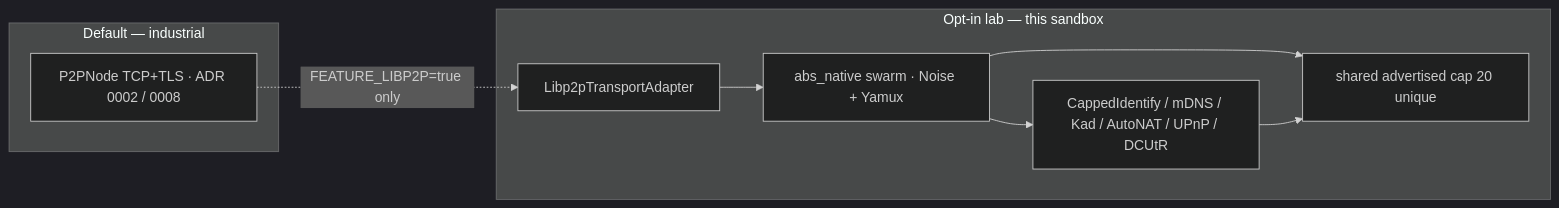
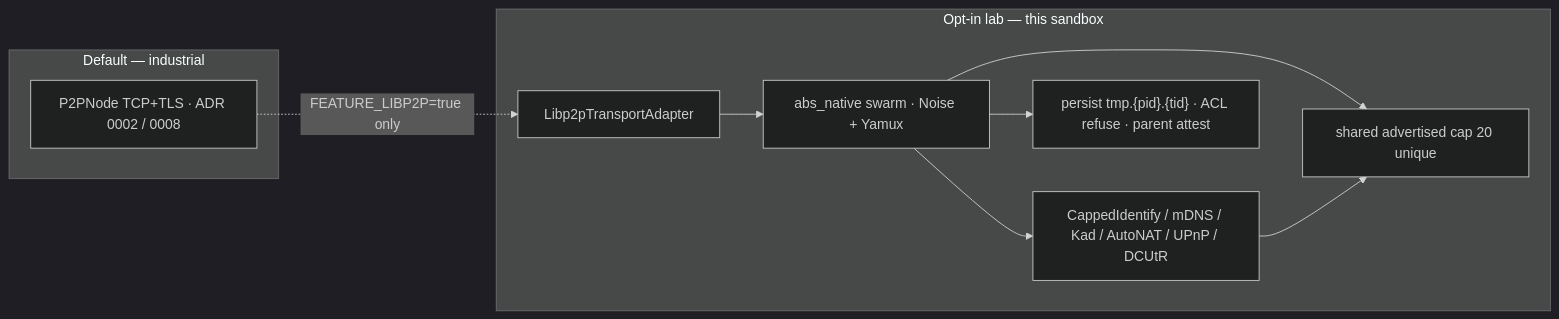
One commit to Gruver87/experimental changed the third of 6 diagrams in docs/ARCHITECTURE.md. Above: the diagram before and after it, drawn with Mermaid (dark theme). The commit also changed other lines of this file and 19 other files, not shown here.

Commit message:
feat(rd): ADR 0019 slices CQ-CV harden persist ACL parent and tmp staging

````diff
--- a/docs/ARCHITECTURE.md
+++ b/docs/ARCHITECTURE.md
@@ -187,17 +187,19 @@
 ```mermaid
 flowchart LR
   subgraph def ["Default — industrial"]
     TLS["P2PNode TCP+TLS · ADR 0002 / 0008"]
   end
   subgraph lab ["Opt-in lab — this sandbox"]
     AD["Libp2pTransportAdapter"]
     SW["abs_native swarm · Noise + Yamux"]
     CAP["shared advertised cap 20 unique"]
     ID["CappedIdentify / mDNS / Kad / AutoNAT / UPnP / DCUtR"]
+    PER["persist tmp.{pid}.{tid} · ACL refuse · parent attest"]
     AD --> SW
     SW --> CAP
     SW --> ID
     ID --> CAP
+    SW --> PER
   end
   TLS -.->|"FEATURE_LIBP2P=true only"| AD
 ```
````
